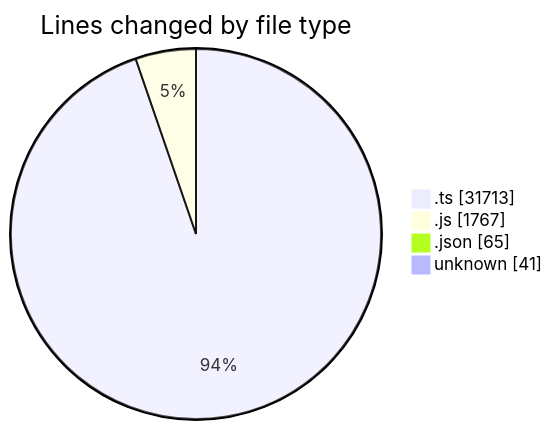
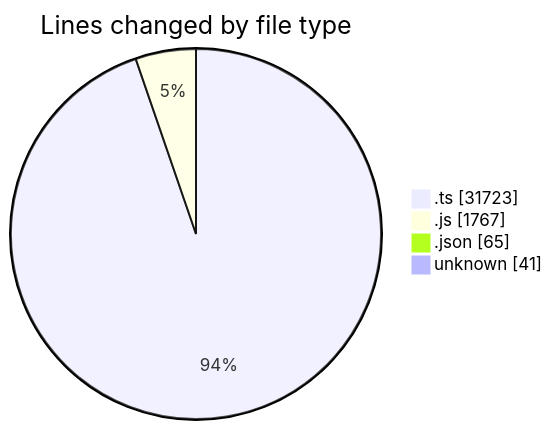
The first of 2 diagrams in 2025-07-31/cda/README.md (momahboobian/code-tracking), drawn with Mermaid before and after one commit. The commit also changed other lines of this file and 1 other file, not shown here.

````diff
--- a/2025-07-31/cda/README.md
+++ b/2025-07-31/cda/README.md
@@ -27,8 +27,8 @@
 ```mermaid
 pie showData
 title Lines changed by file type
-".ts" : 31713
+".ts" : 31723
 ".js" : 1767
 ".json" : 65
 "unknown" : 41
 ```
````
